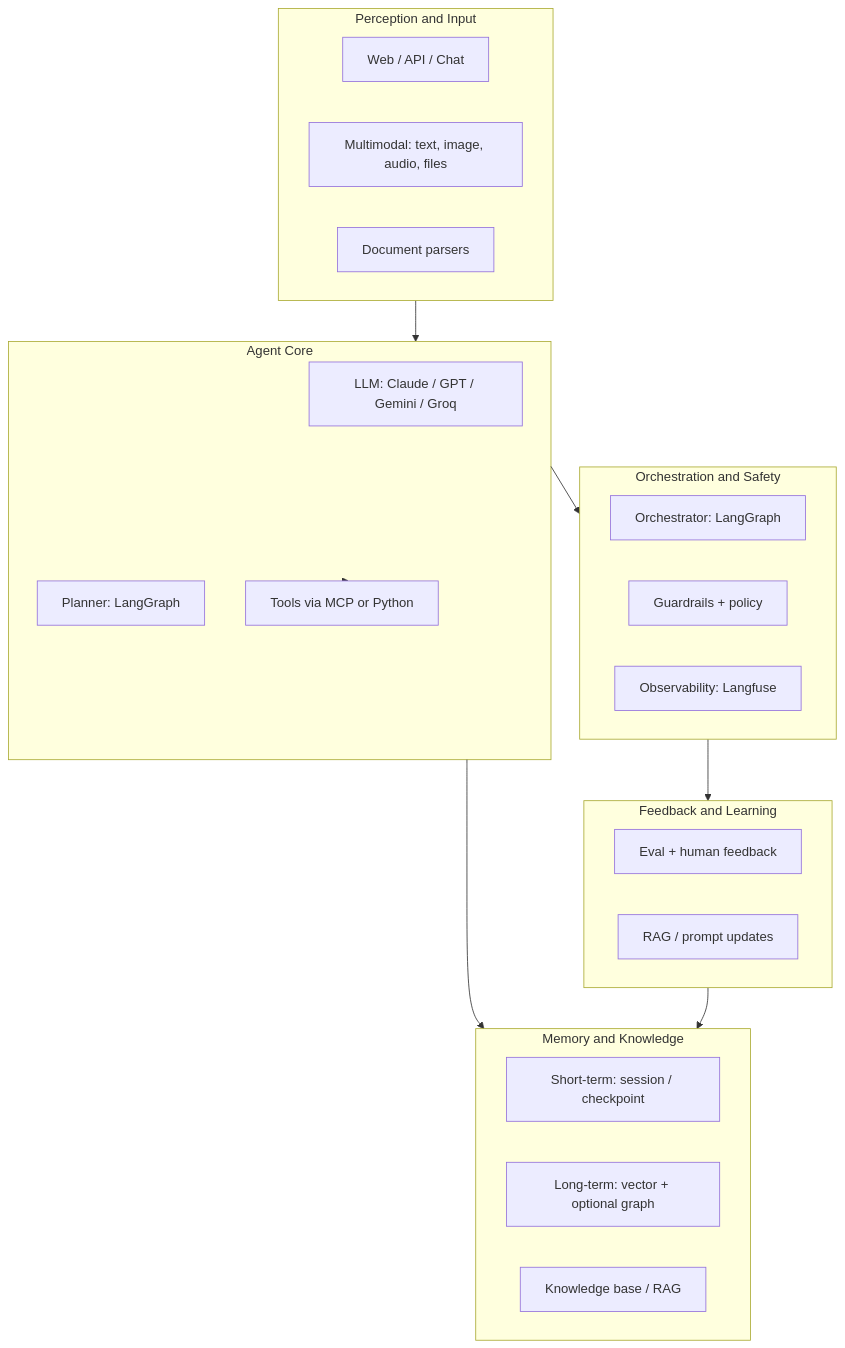
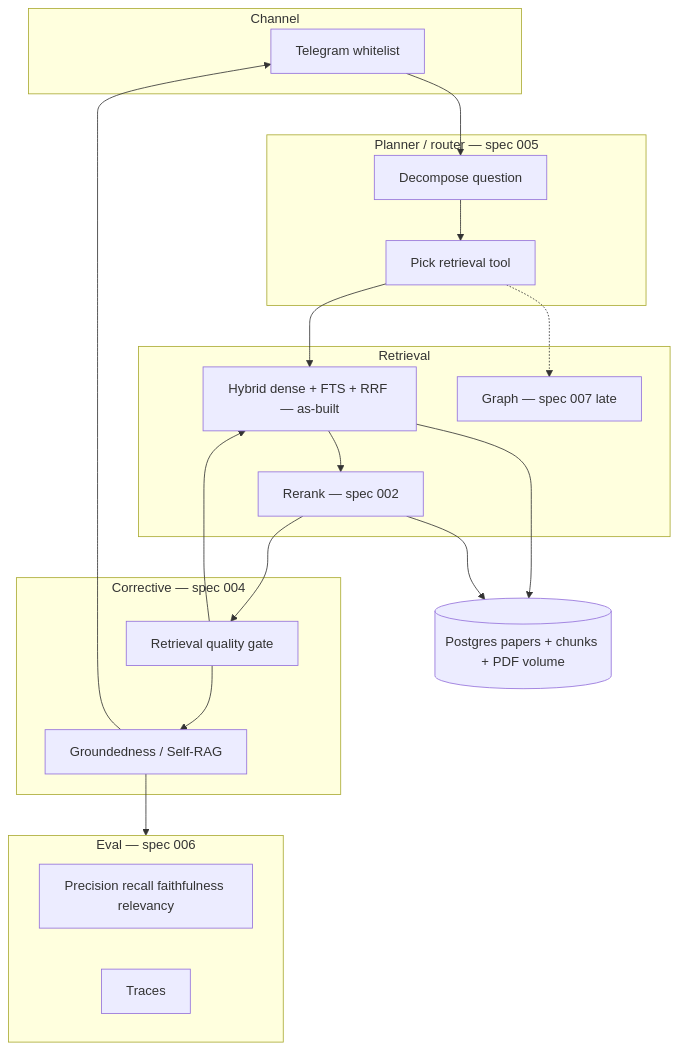
The first of 8 diagrams in docs/plan/02-architecture-diagrams.md (RamilRamil/Research-helper), drawn with Mermaid before and after one commit. The commit also changed other lines of this file and 107 other files, not shown here.

First line of the commit message:
docs: add Spec Kit 001-018 and refresh as-built docs

````diff
--- a/docs/plan/02-architecture-diagrams.md
+++ b/docs/plan/02-architecture-diagrams.md
@@ -9,38 +9,42 @@
 ```mermaid
 flowchart TB
-    subgraph Input["Perception and Input"]
-        UI[Web / API / Chat]
-        MM[Multimodal: text, image, audio, files]
-        Doc[Document parsers]
+    subgraph Channel["Channel"]
+        TG[Telegram whitelist]
     end
 
-    subgraph Core["Agent Core"]
-        LLM[LLM: Claude / GPT / Gemini / Groq]
-        Planner[Planner: LangGraph]
-        Tools[Tools via MCP or Python]
+    subgraph Plan["Planner / router — spec 005"]
+        P[Decompose question]
+        R[Pick retrieval tool]
     end
 
-    subgraph Memory["Memory and Knowledge"]
-        STM[Short-term: session / checkpoint]
-        LTM[Long-term: vector + optional graph]
-        KB[Knowledge base / RAG]
+    subgraph Retrieve["Retrieval"]
+        H[Hybrid dense + FTS + RRF — as-built]
+        RR[Rerank — spec 002]
+        G[Graph — spec 007 late]
     end
 
-    subgraph Control["Orchestration and Safety"]
-        Orch[Orchestrator: LangGraph]
-        Guard[Guardrails + policy]
-        Obs[Observability: Langfuse]
+    subgraph Guard["Corrective — spec 004"]
+        C[Retrieval quality gate]
+        S[Groundedness / Self-RAG]
     end
 
-    subgraph Learn["Feedback and Learning"]
-        Eval[Eval + human feedback]
-        RAGUp[RAG / prompt updates]
+    subgraph Eval["Eval — spec 006"]
+        M[Precision recall faithfulness relevancy]
+        T[Traces]
     end
 
-    Input --> Core
-    Core --> Memory
-    Core --> Tools
-    Core --> Control
-    Control --> Learn
-    Learn --> Memory
+    KB[(Postgres papers + chunks + PDF volume)]
+
+    TG --> P
+    P --> R
+    R --> H
+    H --> RR
+    R -.-> G
+    RR --> C
+    C --> S
+    S --> TG
+    H --> KB
+    RR --> KB
+    C --> H
+    S --> Eval
 ```
````
